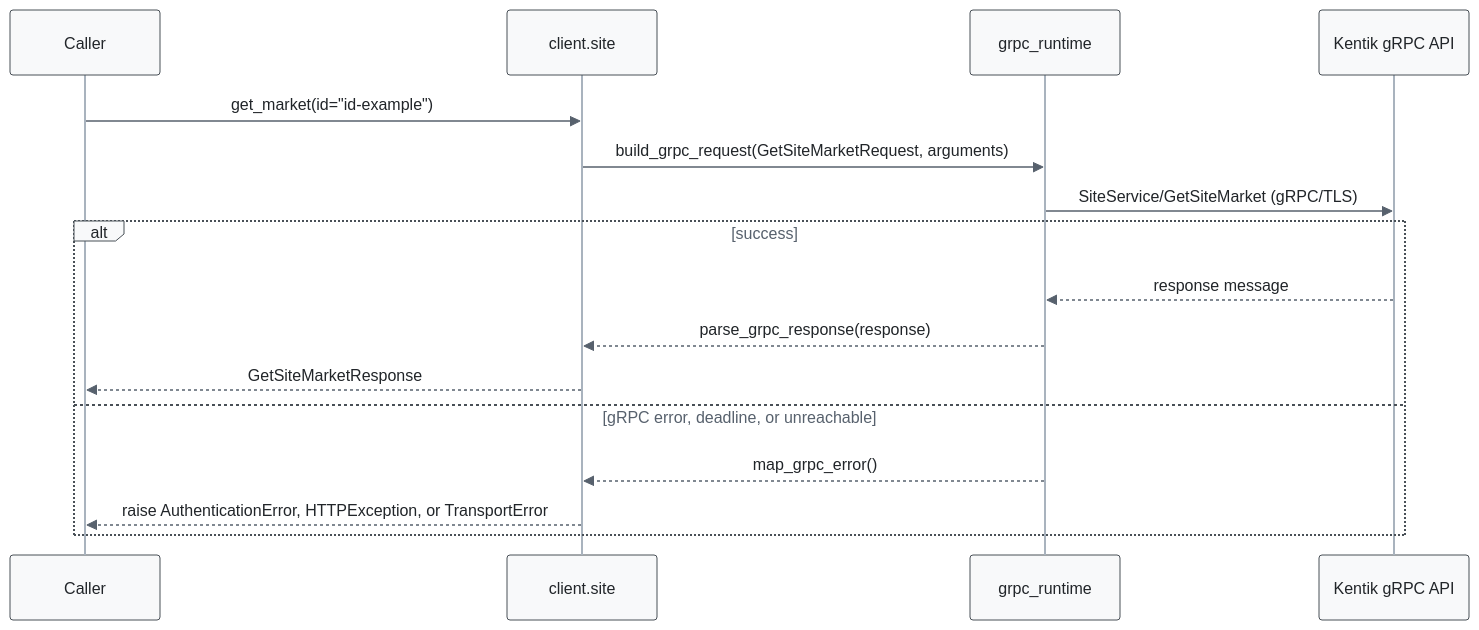
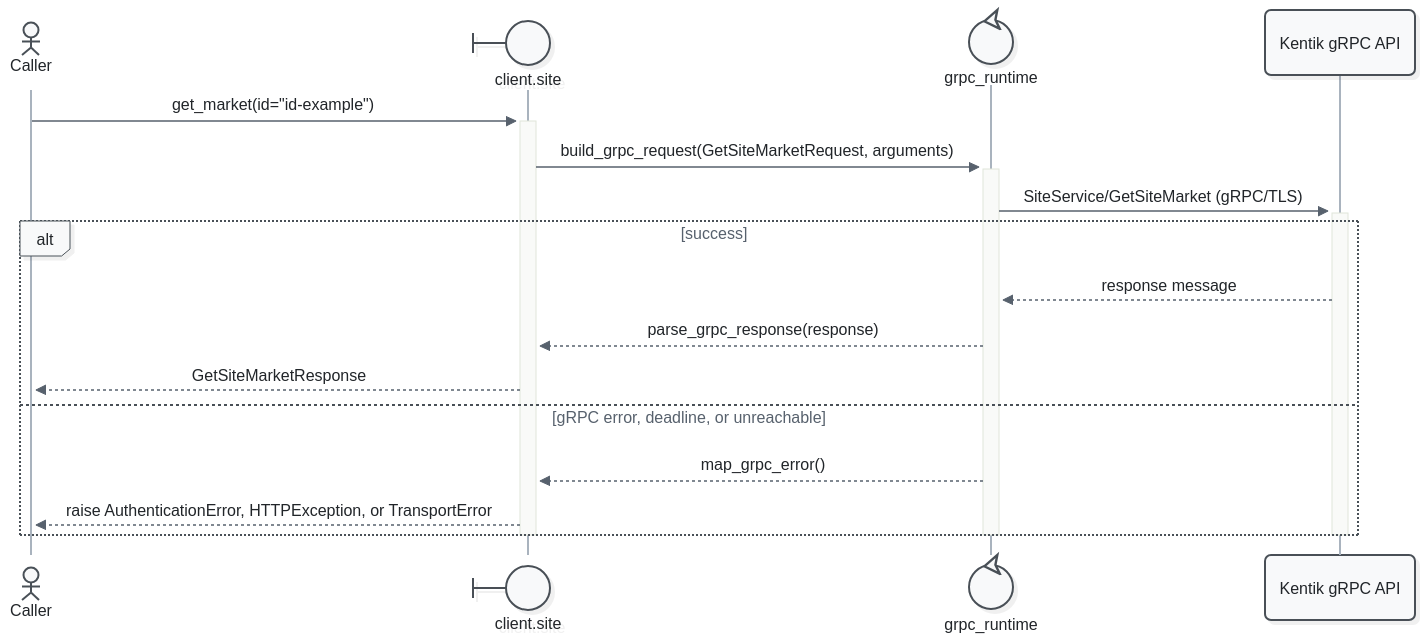
Before and after one commit to alexdearaujo/community_sdk_python: the sixth of 21 diagrams in docs/sphinx/services/site.md, drawn with Mermaid. The commit also changed other lines of this file and 52 other files, not shown here.

First line of the commit message:
docs: Mermaid 12 sequence diagrams with participant types and path colors

````diff
--- a/docs/sphinx/services/site.md
+++ b/docs/sphinx/services/site.md
@@ -204,20 +216,23 @@
 ```mermaid
-%%{init: {"theme": "base", "fontFamily": "ui-monospace, SFMono-Regular, Menlo, monospace", "themeVariables": {"fontFamily": "ui-monospace, SFMono-Regular, Menlo, monospace", "primaryColor": "#f8f9fa", "primaryBorderColor": "#495057", "primaryTextColor": "#212529", "textColor": "#212529", "lineColor": "#77818c", "edgeLabelBackground": "#ffffff", "actorBkg": "#f8f9fa", "actorBorder": "#495057", "actorTextColor": "#212529", "actorLineColor": "#a9b3be", "signalColor": "#57616d", "signalTextColor": "#212529", "labelBoxBkgColor": "#f8f9fa", "labelBoxBorderColor": "#495057", "labelTextColor": "#212529", "loopTextColor": "#57616d", "noteBkgColor": "#fff9db", "noteBorderColor": "#f08c00", "noteTextColor": "#a35a00"}, "flowchart": {"curve": "step", "nodeSpacing": 30, "rankSpacing": 70, "wrappingWidth": 400}}}%%
+%%{init: {"theme": "redux", "look": "neo", "layout": "dagre", "fontFamily": "ui-monospace, SFMono-Regular, Menlo, monospace", "themeVariables": {"fontFamily": "ui-monospace, SFMono-Regular, Menlo, monospace", "primaryColor": "#f8f9fa", "primaryBorderColor": "#495057", "primaryTextColor": "#212529", "textColor": "#212529", "lineColor": "#77818c", "edgeLabelBackground": "#ffffff", "actorBkg": "#f8f9fa", "actorBorder": "#495057", "actorTextColor": "#212529", "actorLineColor": "#a9b3be", "signalColor": "#57616d", "signalTextColor": "#212529", "labelBoxBkgColor": "#f8f9fa", "labelBoxBorderColor": "#495057", "labelTextColor": "#212529", "loopTextColor": "#57616d", "noteBkgColor": "#fff9db", "noteBorderColor": "#f08c00", "noteTextColor": "#a35a00"}, "sequence": {"activationWidth": 16}, "flowchart": {"curve": "step", "nodeSpacing": 30, "rankSpacing": 70, "wrappingWidth": 400}}}%%
 sequenceDiagram
-    participant C as Caller
-    participant W as client.site
-    participant R as grpc_runtime
+    actor C as Caller
+    participant W@{ "type": "boundary" } as client.site
+    participant R@{ "type": "control" } as grpc_runtime
     participant API as Kentik gRPC API
 
-    C->>W: get_market(id="id-example")
-    W->>R: build_grpc_request(GetSiteMarketRequest, arguments)
-    R->>API: SiteService/GetSiteMarket (gRPC/TLS)
+    C->>+W: get_market(id="id-example")
+    W->>+R: build_grpc_request(GetSiteMarketRequest, arguments)
+    R->>+API: SiteService/GetSiteMarket (gRPC/TLS)
     alt success
         API-->>R: response message
         R-->>W: parse_grpc_response(response)
         W-->>C: GetSiteMarketResponse
     else gRPC error, deadline, or unreachable
         R-->>W: map_grpc_error()
         W-->>C: raise AuthenticationError, HTTPException, or TransportError
     end
+    deactivate API
+    deactivate R
+    deactivate W
 ```
````
